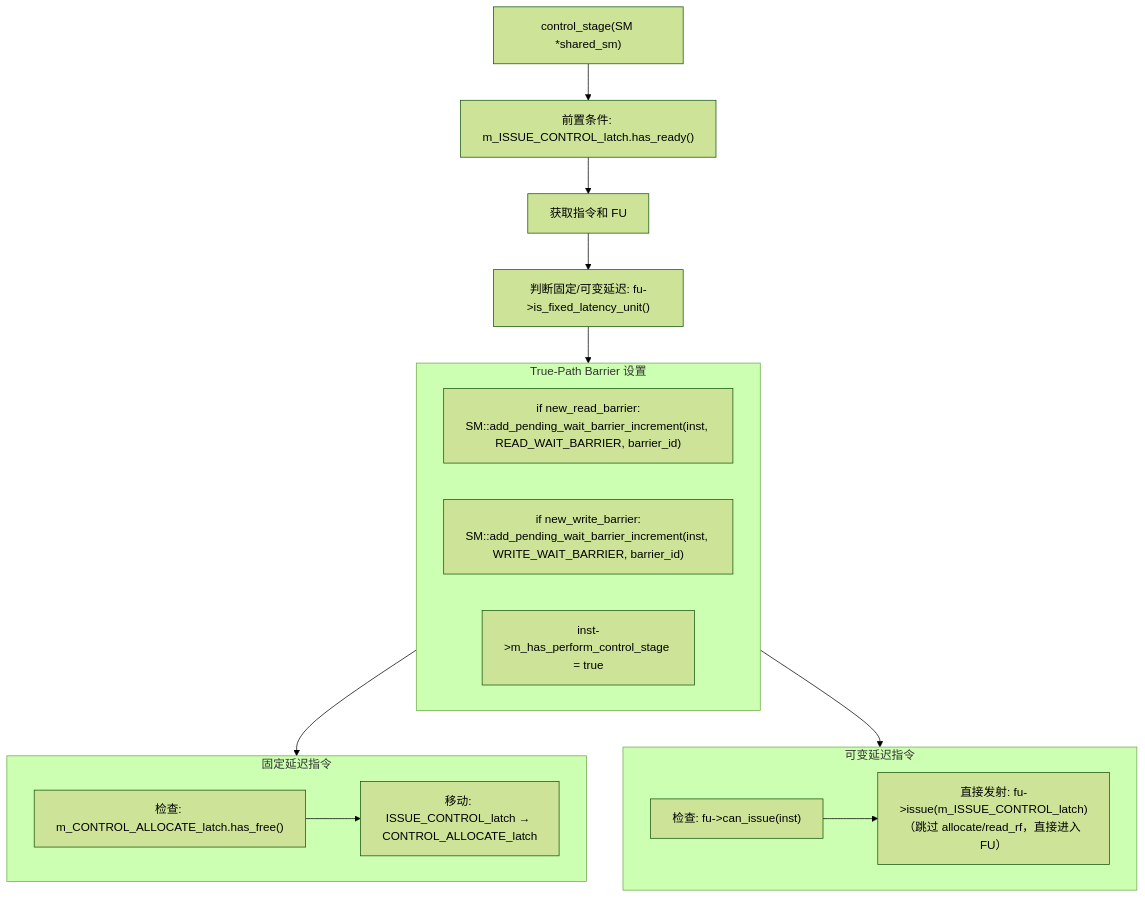
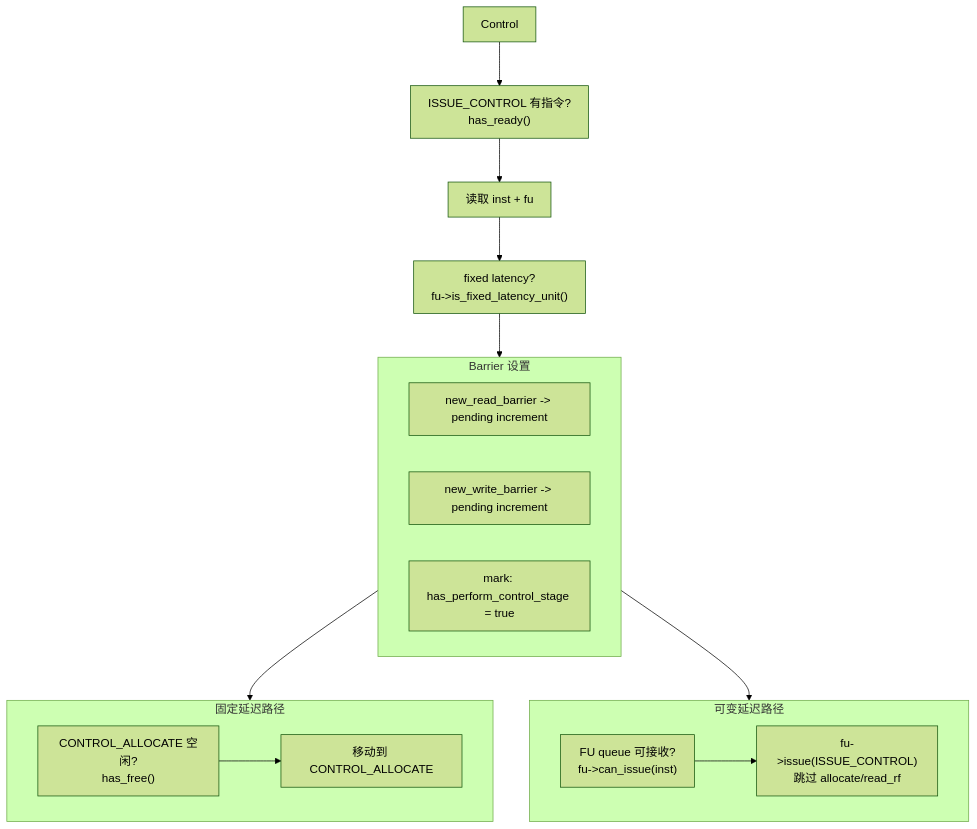
One commit to dzwduan/modern-gpu-simulator-micro-2025 changed the sixth of 6 diagrams in docs/detailed-design/03A-Subcore前端流水与调度设计.md. Above: the diagram before and after it, drawn with Mermaid (forest theme). The commit also changed other lines of this file, not shown here.

````diff
--- a/docs/detailed-design/03A-Subcore前端流水与调度设计.md
+++ b/docs/detailed-design/03A-Subcore前端流水与调度设计.md
@@ -296,30 +301,31 @@
 ```mermaid
+%%{init: {'flowchart': {'nodeSpacing': 50, 'rankSpacing': 60, 'padding': 12, 'useMaxWidth': false}} }%%
 flowchart TD
-    CS["control_stage(SM *shared_sm)"]
-    PRE["前置条件: m_ISSUE_CONTROL_latch.has_ready()"]
-    GET["获取指令和 FU"]
-    JUDGE["判断固定/可变延迟: fu->is_fixed_latency_unit()"]
+    CS["Control"]
+    PRE["ISSUE_CONTROL 有指令?<br/>has_ready()"]
+    GET["读取 inst + fu"]
+    JUDGE["fixed latency?<br/>fu->is_fixed_latency_unit()"]
 
-    subgraph BAR["True-Path Barrier 设置"]
-        RB["if new_read_barrier:<br/>SM::add_pending_wait_barrier_increment(inst, READ_WAIT_BARRIER, barrier_id)"]
-        WB["if new_write_barrier:<br/>SM::add_pending_wait_barrier_increment(inst, WRITE_WAIT_BARRIER, barrier_id)"]
-        CTRL["inst->m_has_perform_control_stage = true"]
+    subgraph BAR["Barrier 设置"]
+        RB["new_read_barrier -> pending increment"]
+        WB["new_write_barrier -> pending increment"]
+        CTRL["mark: has_perform_control_stage = true"]
     end
 
-    subgraph FIXED["固定延迟指令"]
-        FCHK["检查: m_CONTROL_ALLOCATE_latch.has_free()"]
-        FMOV["移动: ISSUE_CONTROL_latch → CONTROL_ALLOCATE_latch"]
+    subgraph FIXED["固定延迟路径"]
+        FCHK["CONTROL_ALLOCATE 空闲?<br/>has_free()"]
+        FMOV["移动到 CONTROL_ALLOCATE"]
         FCHK --> FMOV
     end
 
-    subgraph VAR["可变延迟指令"]
-        VCHK["检查: fu->can_issue(inst)"]
-        VISS["直接发射: fu->issue(m_ISSUE_CONTROL_latch)<br/>（跳过 allocate/read_rf，直接进入 FU）"]
+    subgraph VAR["可变延迟路径"]
+        VCHK["FU queue 可接收?<br/>fu->can_issue(inst)"]
+        VISS["fu->issue(ISSUE_CONTROL)<br/>跳过 allocate/read_rf"]
         VCHK --> VISS
     end
 
     CS --> PRE --> GET --> JUDGE
     JUDGE --> BAR
     BAR --> FIXED
     BAR --> VAR
 ```
````
